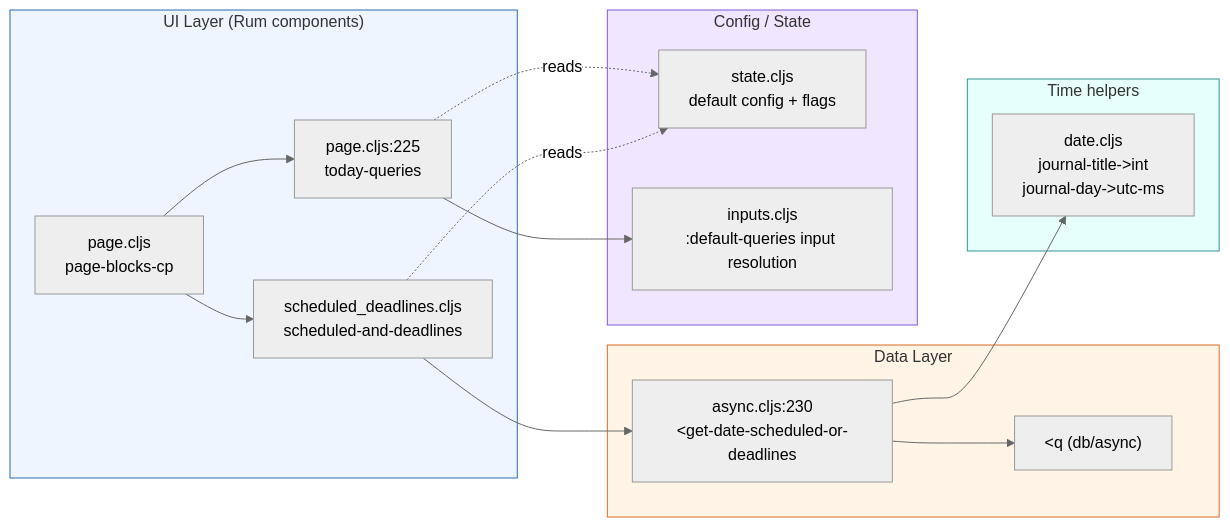
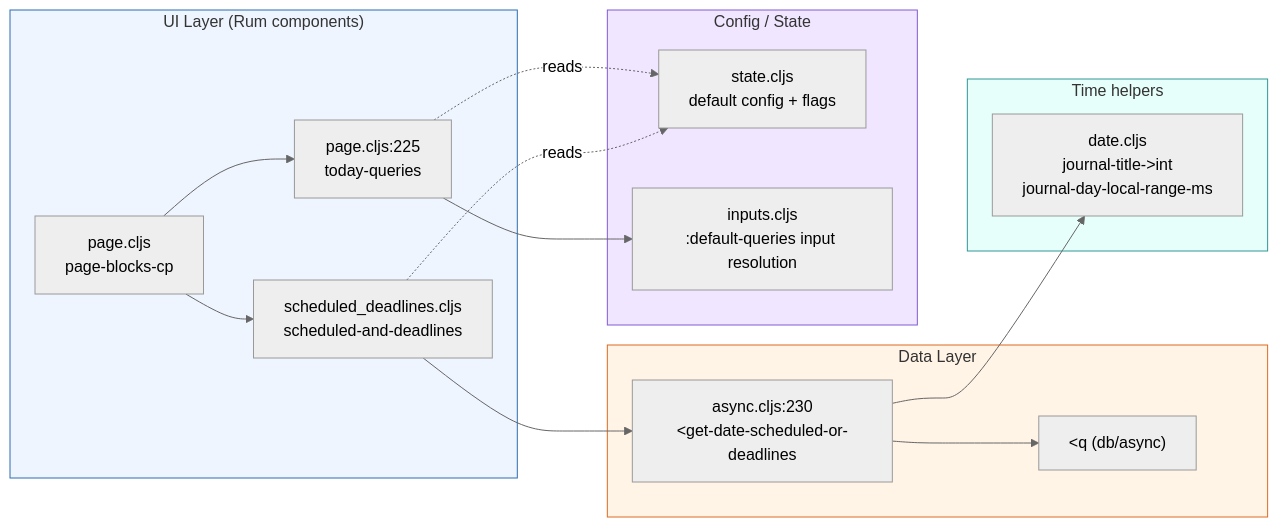
One commit to hdansou/logseq changed the second of 6 diagrams in dz/docs/03-features/scheduled-deadline-query/developer-guide.md. Above: the diagram before and after it, drawn with Mermaid (neutral theme). The commit also changed other lines of this file and 3 other files, not shown here.

First line of the commit message:
docs(queries): journal query customization, local-day window, global config note

````diff
--- a/dz/docs/03-features/scheduled-deadline-query/developer-guide.md
+++ b/dz/docs/03-features/scheduled-deadline-query/developer-guide.md
@@ -59,33 +59,33 @@
 ```mermaid
 graph LR
     subgraph UI["UI Layer (Rum components)"]
         P["page.cljs<br/>page-blocks-cp"]
         SD["scheduled_deadlines.cljs<br/>scheduled-and-deadlines"]
         TQ["page.cljs:225<br/>today-queries"]
     end
     subgraph DATA["Data Layer"]
         AS["async.cljs:230<br/>&lt;get-date-scheduled-or-deadlines"]
         Q["&lt;q (db/async)"]
     end
     subgraph CONFIG["Config / State"]
         ST["state.cljs<br/>default config + flags"]
         IN["inputs.cljs<br/>:default-queries input resolution"]
     end
     subgraph TIME["Time helpers"]
-        DT["date.cljs<br/>journal-title->int<br/>journal-day->utc-ms"]
+        DT["date.cljs<br/>journal-title->int<br/>journal-day-local-range-ms"]
     end
 
     P --> SD
     P --> TQ
     SD --> AS
     AS --> Q
     AS --> DT
     SD -. reads .-> ST
     TQ --> IN
     TQ -. reads .-> ST
 
     style UI fill:#eef5ff,stroke:#2b6cb0
     style DATA fill:#fff4e6,stroke:#dd6b20
     style CONFIG fill:#f0e6ff,stroke:#805ad5
     style TIME fill:#e6fffa,stroke:#319795
 ```
````
